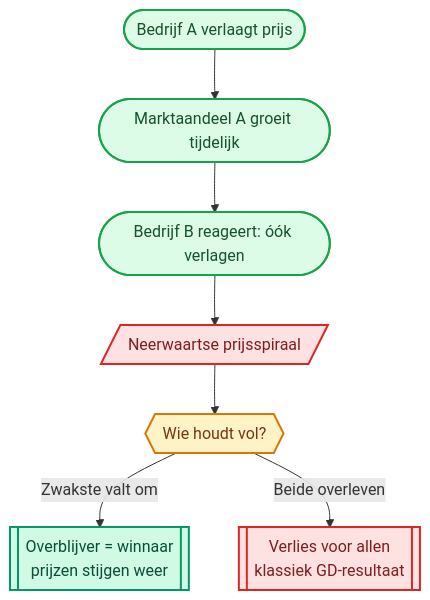
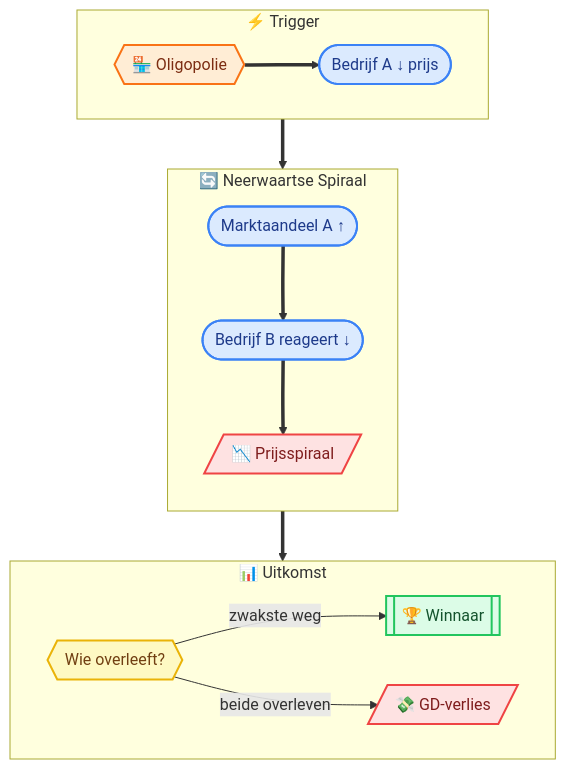
One commit to ateknol/HAVO-Economie-examen changed the fifth of 23 diagrams in Volledige_Samenvatting_H1_H2.md. Above: the diagram before and after it, drawn with Mermaid. The commit also changed other lines of this file and 6 other files, not shown here.

````diff
--- a/Volledige_Samenvatting_H1_H2.md
+++ b/Volledige_Samenvatting_H1_H2.md
@@ -360,20 +362,30 @@
 ```mermaid
 flowchart TD
-    A(["Bedrijf A verlaagt prijs"]) --> B(["Marktaandeel A groeit tijdelijk"])
-    B --> C(["Bedrijf B reageert: óók verlagen"])
-    C --> D[/"Neerwaartse prijsspiraal"/]
-    D --> Q{{"Wie houdt vol?"}}
-    Q -->|"Zwakste valt om"| F[["Overblijver = winnaar<br/>prijzen stijgen weer"]]
-    Q -->|"Beide overleven"| G[["Verlies voor allen<br/>klassiek GD-resultaat"]]
-
-    classDef proces fill:#dcfce7,stroke:#16a34a,stroke-width:2px,color:#14532d
-    classDef vraag fill:#fef3c7,stroke:#d97706,stroke-width:2px,color:#78350f
-    classDef fout fill:#fee2e2,stroke:#dc2626,stroke-width:2px,color:#7f1d1d
-    classDef goed fill:#d1fae5,stroke:#059669,stroke-width:2px,color:#064e3b
-
-    class A,B,C proces
-    class D fout
-    class Q vraag
-    class F goed
-    class G fout
+    subgraph PO_Trig["⚡ Trigger"]
+        direction LR
+        PO_Ol{{"🏪 Oligopolie"}} ==> PO_A(["Bedrijf A ↓ prijs"])
+    end
+    subgraph PO_Spiral["🔄 Neerwaartse Spiraal"]
+        direction TB
+        PO_B(["Marktaandeel A ↑"]) ==> PO_C(["Bedrijf B reageert ↓"])
+        PO_C ==> PO_D[/"📉 Prijsspiraal"/]
+    end
+    subgraph PO_Uit["📊 Uitkomst"]
+        direction LR
+        PO_Q{{"Wie overleeft?"}}
+        PO_Q -->|"zwakste weg"| PO_Win[["🏆 Winnaar"]]
+        PO_Q -->|"beide overleven"| PO_GD[/"💸 GD-verlies"/]
+    end
+    PO_A ==> PO_B
+    PO_D ==> PO_Q
+    classDef risico fill:#ffedd5,stroke:#f97316,stroke-width:2px,color:#7c2d12
+    classDef markt fill:#dbeafe,stroke:#3b82f6,stroke-width:2px,color:#1e3a8a
+    classDef falen fill:#fee2e2,stroke:#ef4444,stroke-width:2px,color:#7f1d1d
+    classDef succes fill:#dcfce7,stroke:#22c55e,stroke-width:2px,color:#14532d
+    classDef besluit fill:#fef9c3,stroke:#eab308,stroke-width:2px,color:#713f12
+    class PO_Ol risico
+    class PO_A,PO_B,PO_C markt
+    class PO_D,PO_GD falen
+    class PO_Win succes
+    class PO_Q besluit
 ```
````
